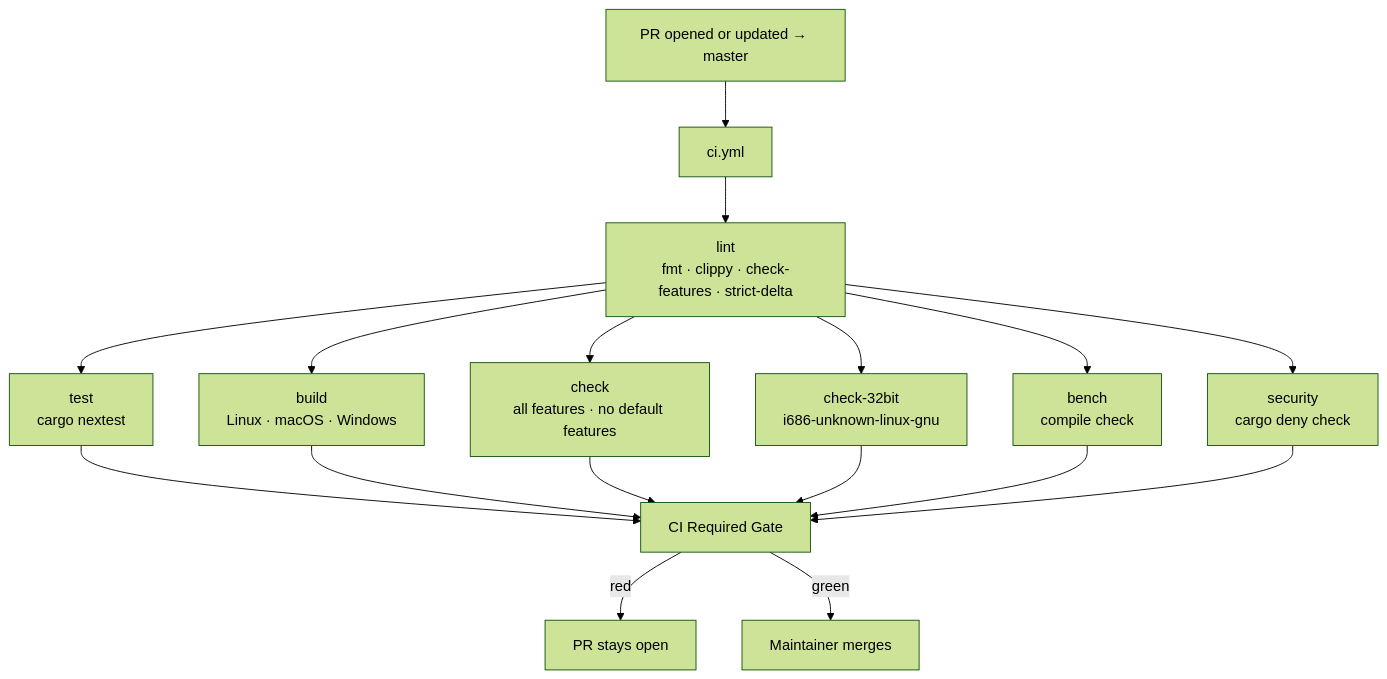
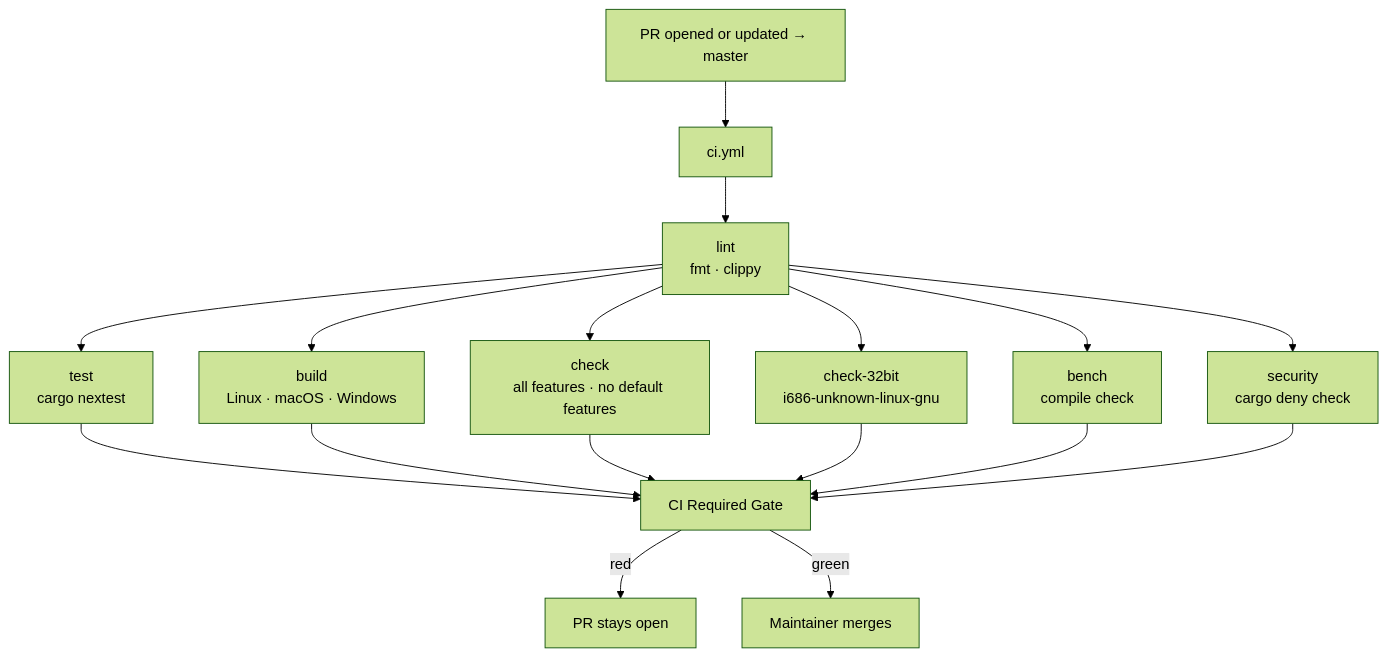
The first of 2 diagrams in .github/workflows/master-branch-flow.md (zeroclaw-labs/zeroclaw), drawn with Mermaid (forest theme) before and after one commit. The commit also changed other lines of this file and 4 other files, not shown here.

Commit message:
docs(ci): remove stale strict-delta references

````diff
--- a/.github/workflows/master-branch-flow.md
+++ b/.github/workflows/master-branch-flow.md
@@ -109,14 +109,14 @@
 ```mermaid
 flowchart TD
   A["PR opened or updated → master"] --> B["ci.yml"]
-  B --> L["lint\nfmt · clippy · check-features · strict-delta"]
+  B --> L["lint\nfmt · clippy"]
   L --> T["test\ncargo nextest"]
   L --> BLD["build\nLinux · macOS · Windows"]
   L --> CHK["check\nall features · no default features"]
   L --> C32["check-32bit\ni686-unknown-linux-gnu"]
   L --> BCH["bench\ncompile check"]
   L --> SEC["security\ncargo deny check"]
   T & BLD & CHK & C32 & BCH & SEC --> G["CI Required Gate"]
   G -->|red| D["PR stays open"]
   G -->|green| R["Maintainer merges"]
 ```
````
